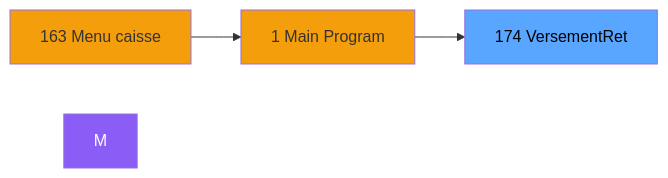
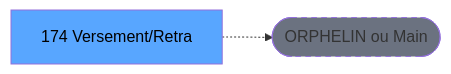
One commit to thonyAGP/lecteur-magic changed the second of 3 diagrams in .openspec/specs/ADH-IDE-174.md. Above: the diagram before and after it, drawn with Mermaid. The commit also changed other lines of this file and 701 other files, not shown here.

````diff
--- a/.openspec/specs/ADH-IDE-174.md
+++ b/.openspec/specs/ADH-IDE-174.md
@@ -155,12 +139,8 @@
 ```mermaid
 graph LR
-    N163[163 Menu caisse ]
-    N1[1 Main Program]
-    T[174 VersementRet]
-    N163 --> N1
-    N1 --> T
-    style M fill:#8b5cf6,color:#fff
-    style N163 fill:#f59e0b
-    style N1 fill:#f59e0b
+    T[174 Versement/Retra]
+    ORPHAN([ORPHELIN ou Main])
+    T -.-> ORPHAN
     style T fill:#58a6ff,color:#000
+    style ORPHAN fill:#6b7280,stroke-dasharray: 5 5
 ```
````
